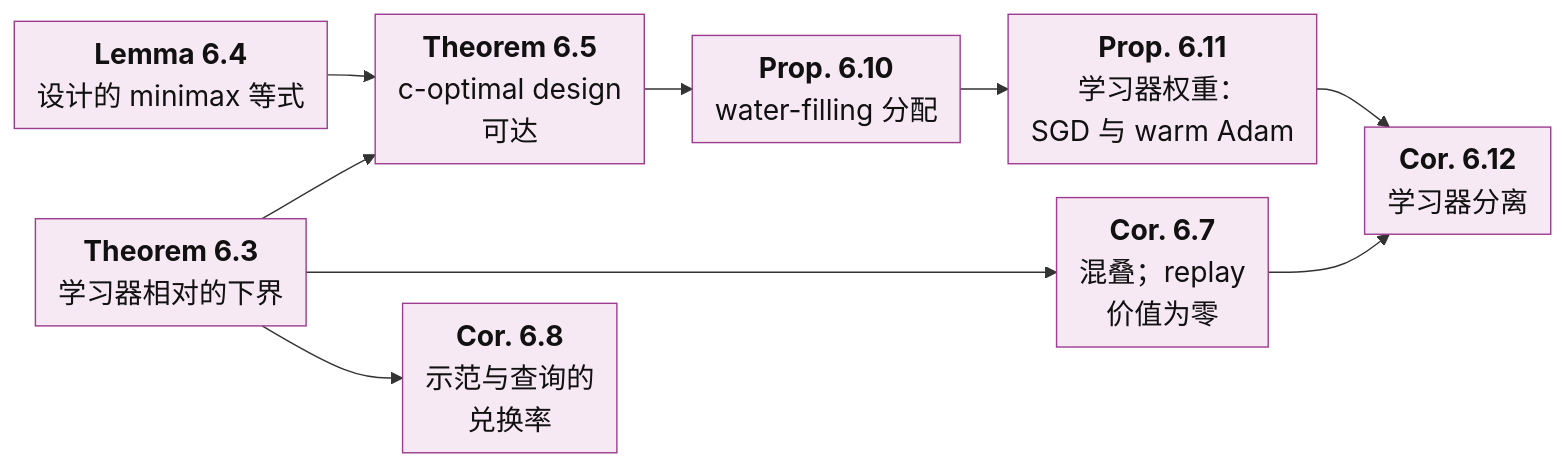
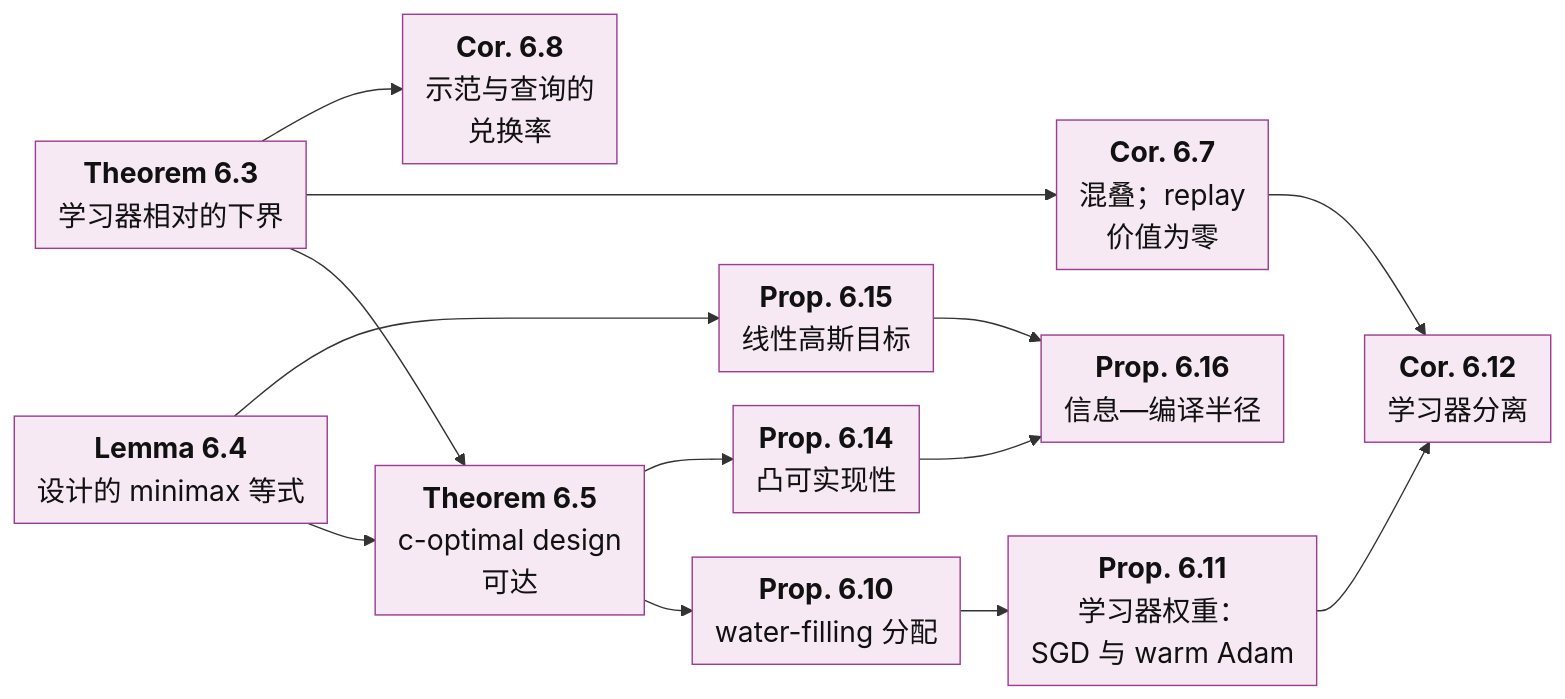
Before and after one commit to XueqiC/ICML27_agent_distillation: the sixth of 9 diagrams in theoretical_framework/README_ZH.md, drawn with Mermaid. The commit also changed other lines of this file and 222 other files, not shown here.

````diff
--- a/theoretical_framework/README_ZH.md
+++ b/theoretical_framework/README_ZH.md
@@ -469,21 +536,28 @@
 ```mermaid
 %%{init: {"themeVariables": {"fontSize": "20px"}, "flowchart": {"nodeSpacing": 24, "rankSpacing": 34, "padding": 8, "wrappingWidth": 260}}}%%
 flowchart LR
   T3["<b>Theorem 6.3</b><br/>学习器相对的下界"]:::b4
   L4["<b>Lemma 6.4</b><br/>设计的 minimax 等式"]:::b4
   T5["<b>Theorem 6.5</b><br/>c-optimal design<br/>可达"]:::b4
   C7["<b>Cor. 6.7</b><br/>混叠；replay<br/>价值为零"]:::b4
   C8["<b>Cor. 6.8</b><br/>示范与查询的<br/>兑换率"]:::b4
   P10["<b>Prop. 6.10</b><br/>water-filling 分配"]:::b4
   P11["<b>Prop. 6.11</b><br/>学习器权重：<br/>SGD 与 warm Adam"]:::b4
   C12["<b>Cor. 6.12</b><br/>学习器分离"]:::b4
   T3 --> T5
   L4 --> T5
   T3 --> C7
   T3 --> C8
   T5 --> P10
   P10 --> P11
   P11 --> C12
   C7 --> C12
+  P14["<b>Prop. 6.14</b><br/>凸可实现性"]:::b4
+  P15["<b>Prop. 6.15</b><br/>线性高斯目标"]:::b4
+  P16["<b>Prop. 6.16</b><br/>信息—编译半径"]:::b4
+  T5 --> P14
+  L4 --> P15
+  P14 --> P16
+  P15 --> P16
   classDef b4 fill:#f6e9f4,stroke:#9c3d8f,color:#111
 ```
````
